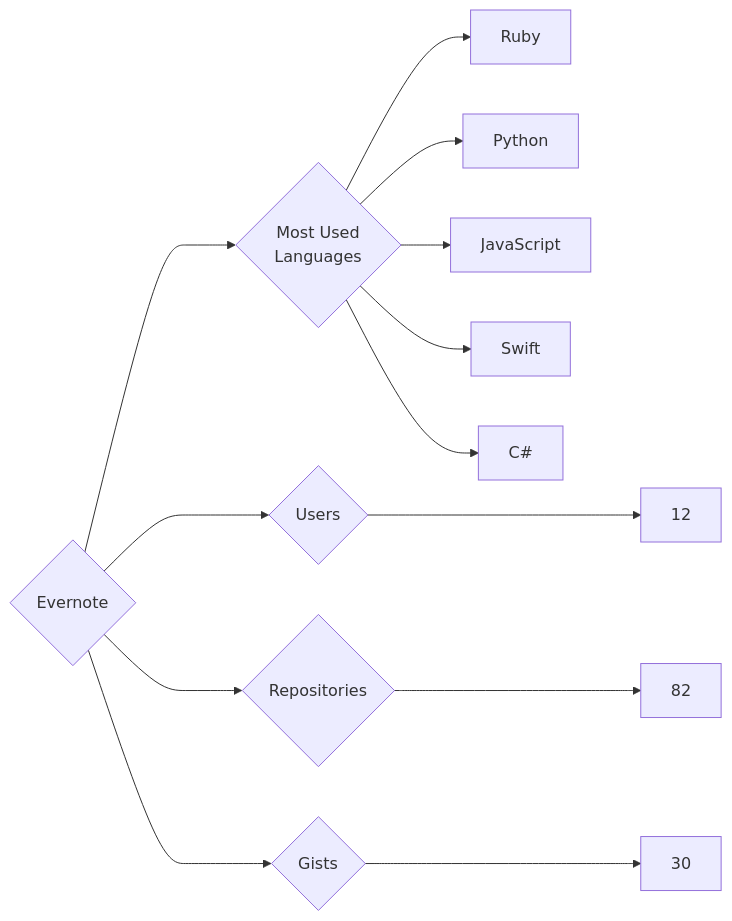
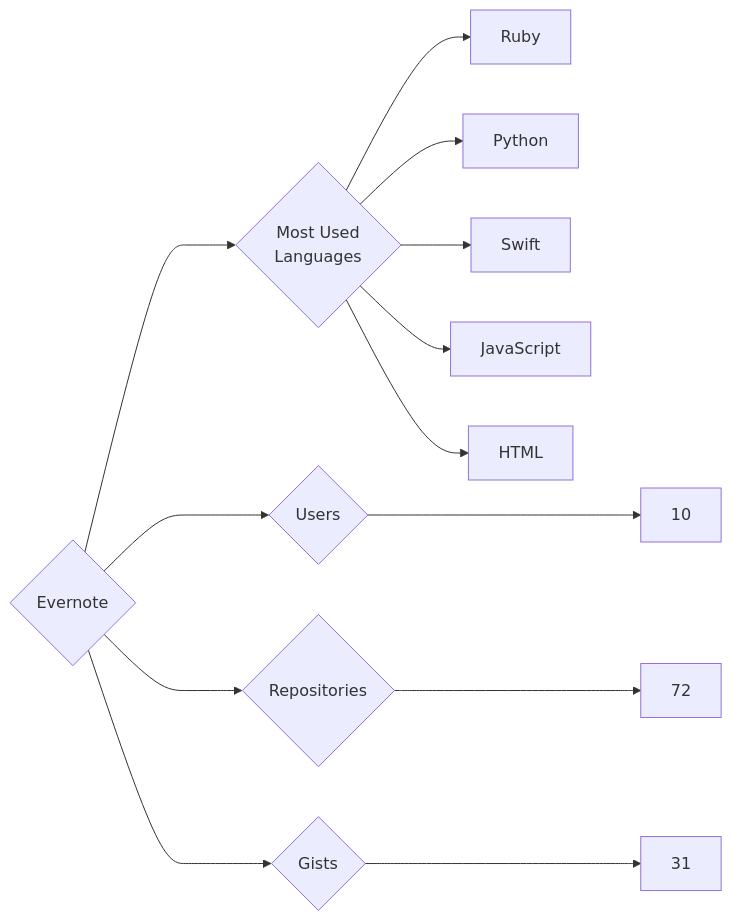
Before and after one commit to trickest/insiders: the diagram in targets/Evernote/README.md, drawn with Mermaid. The commit also changed 933 other files, not shown here.

````diff
--- a/targets/Evernote/README.md
+++ b/targets/Evernote/README.md
@@ -3,13 +3,13 @@
 ```mermaid
 graph LR
 COMPANY_NAME{Evernote}
-COMPANY_NAME ---> U{Users} ---> UN[12]
-COMPANY_NAME ---> R{Repositories} ---> RN[82]
-COMPANY_NAME ---> G{Gists} ---> GN[30]
+COMPANY_NAME ---> U{Users} ---> UN[10]
+COMPANY_NAME ---> R{Repositories} ---> RN[72]
+COMPANY_NAME ---> G{Gists} ---> GN[31]
 COMPANY_NAME ---> ML{Most Used<br>Languages}
 ML --> Ruby[Ruby]
 ML --> Python[Python]
+ML --> Swift[Swift]
 ML --> JavaScript[JavaScript]
-ML --> Swift[Swift]
-ML --> C#[C#]
+ML --> HTML[HTML]
 ```
````
